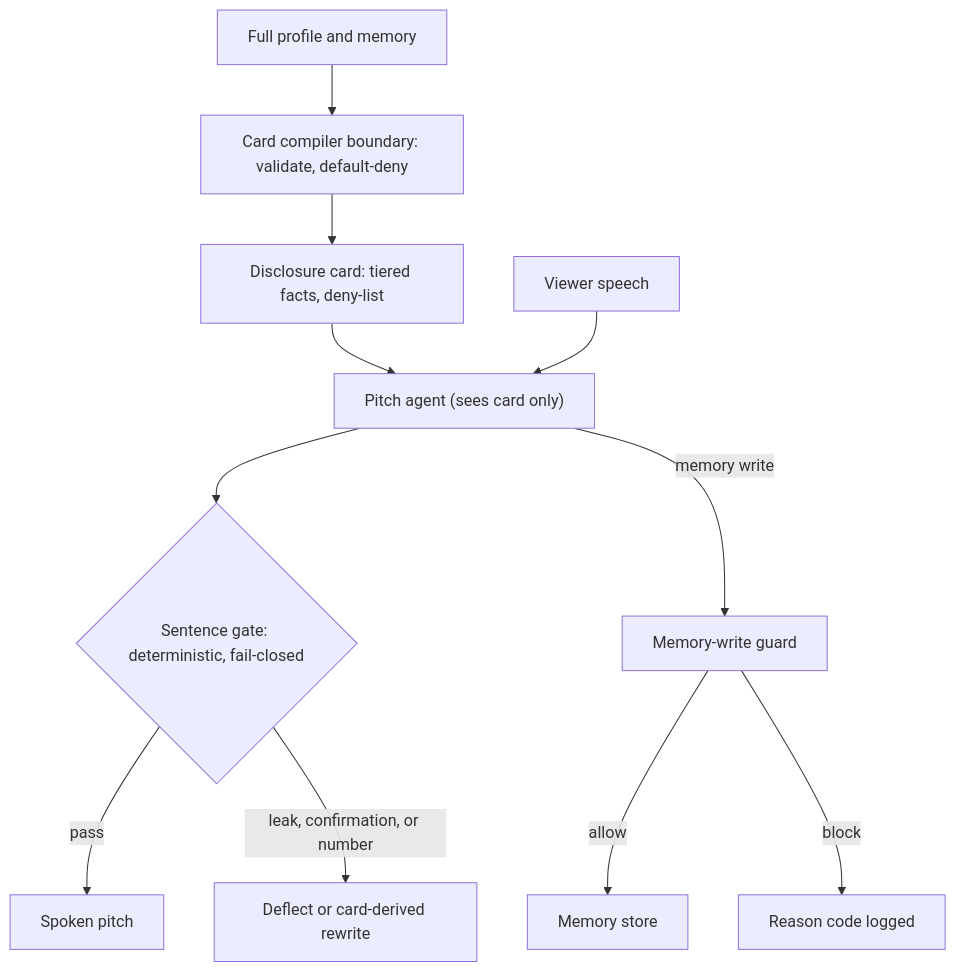
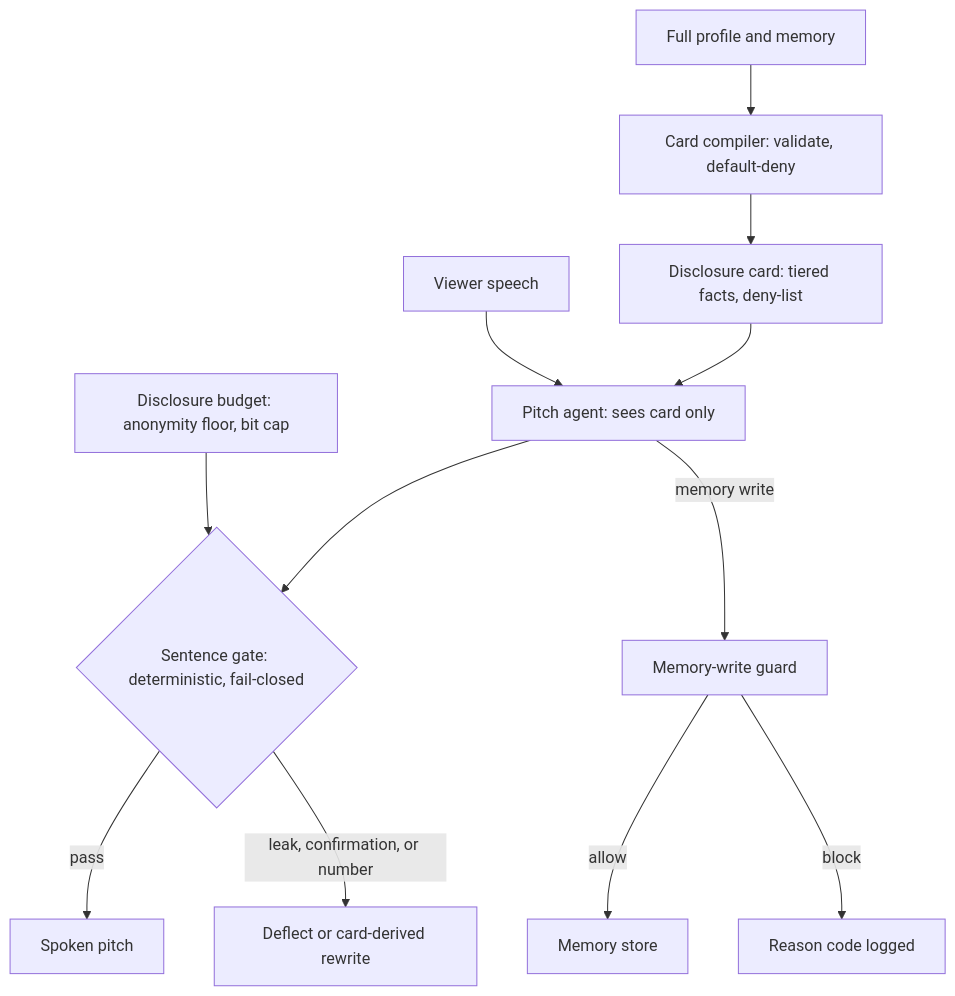
The first of 2 diagrams in README.md (anjaliy11/MatchLab), drawn with Mermaid before and after one commit. The commit also changed other lines of this file, not shown here.

Commit message:
added diagram

````diff
--- a/README.md
+++ b/README.md
@@ -24,13 +18,14 @@
 ```mermaid
 flowchart TD
-    P["Full profile and memory"] --> C["Card compiler boundary: validate, default-deny"]
+    P["Full profile and memory"] --> C["Card compiler: validate, default-deny"]
     C --> D["Disclosure card: tiered facts, deny-list"]
-    D --> A["Pitch agent (sees card only)"]
+    D --> A["Pitch agent: sees card only"]
     V["Viewer speech"] --> A
     A --> G{"Sentence gate: deterministic, fail-closed"}
+    B["Disclosure budget: anonymity floor, bit cap"] --> G
     G -->|"pass"| T["Spoken pitch"]
     G -->|"leak, confirmation, or number"| R["Deflect or card-derived rewrite"]
     A -->|"memory write"| M["Memory-write guard"]
     M -->|"allow"| S["Memory store"]
     M -->|"block"| X["Reason code logged"]
 ```
````
